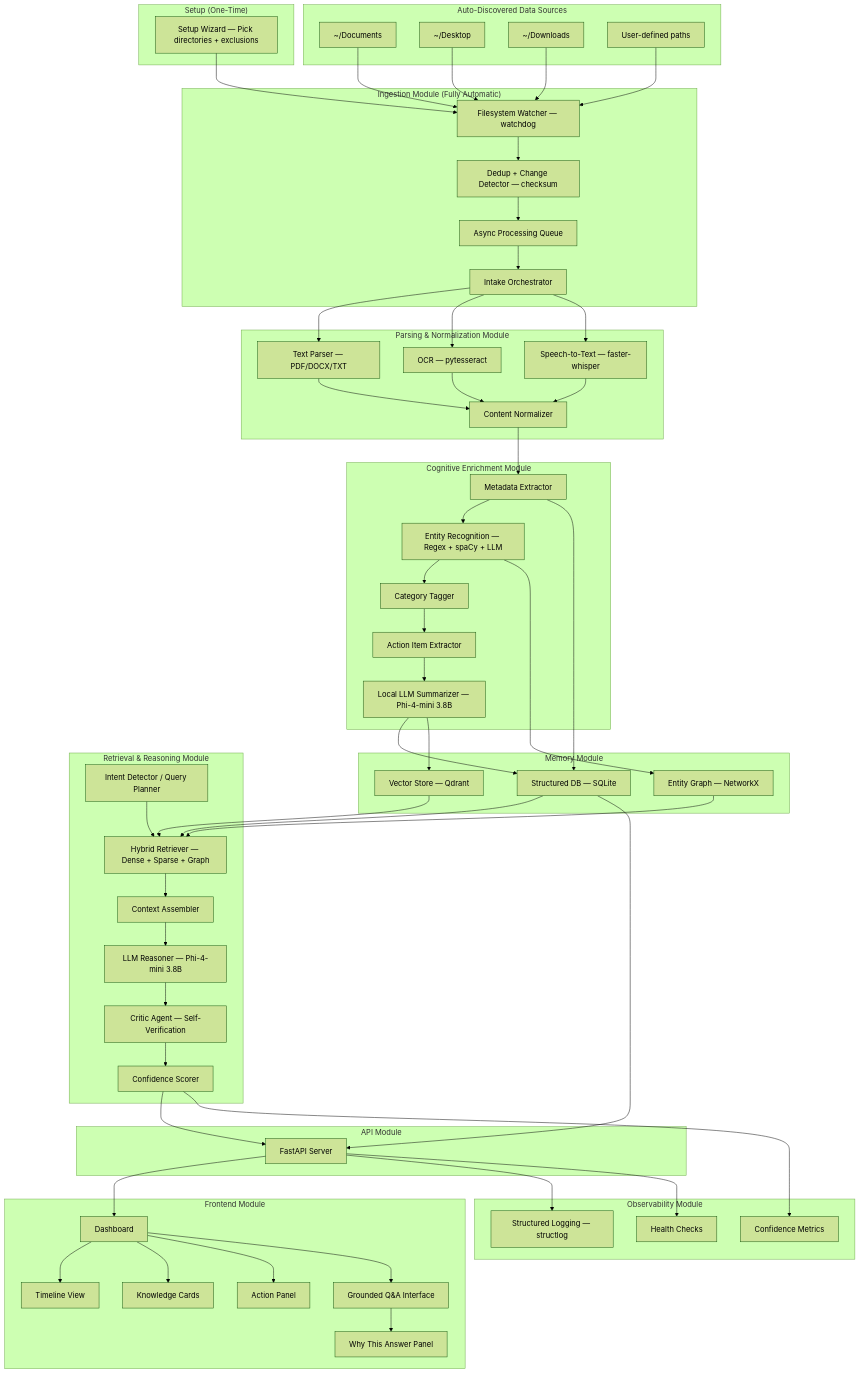
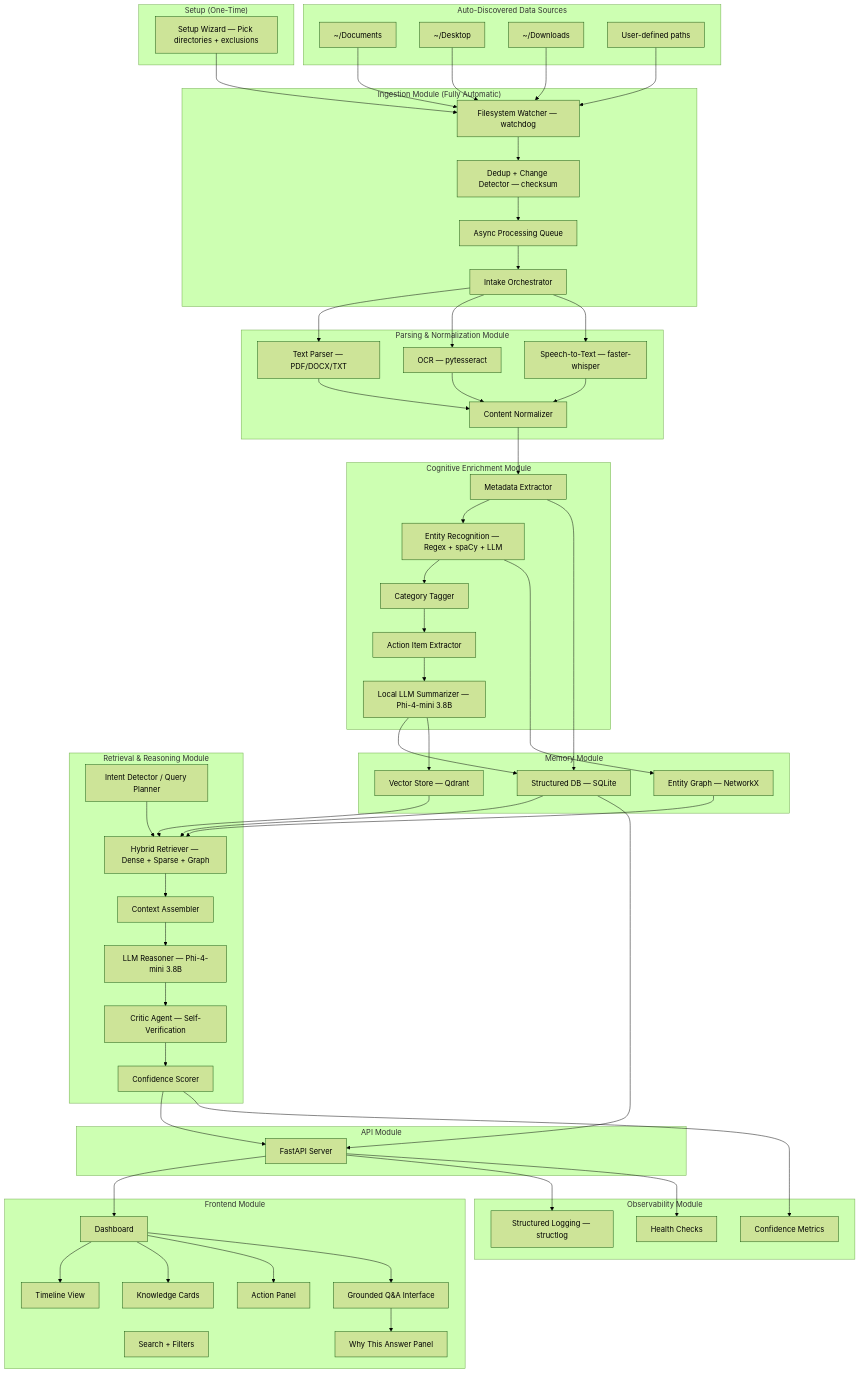
Before and after one commit to Lacoste-INSAT/AI_Minds: the diagram in ARCHITECTURE.md, drawn with Mermaid (forest theme). The commit also changed other lines of this file and 4 other files, not shown here.

```diff
--- a/ARCHITECTURE.md
+++ b/ARCHITECTURE.md
@@ -134,6 +134,7 @@
         CARDS[Knowledge Cards]
         ACTIONS[Action Panel]
         CHAT[Grounded Q&A Interface]
+        SEARCH[Search + Filters]
         SOURCE[Why This Answer Panel]
     end
 
```
